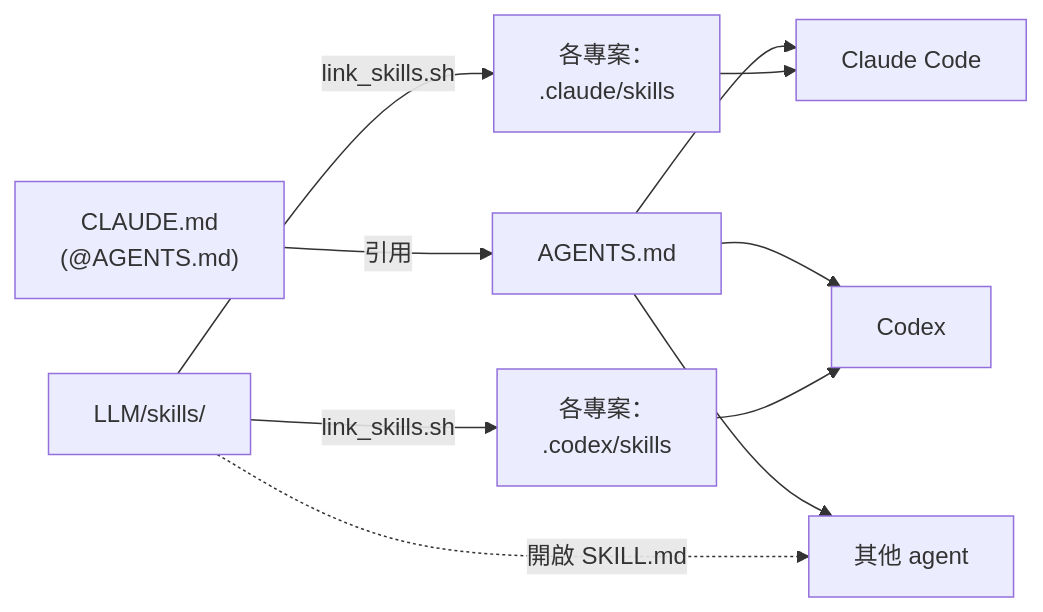
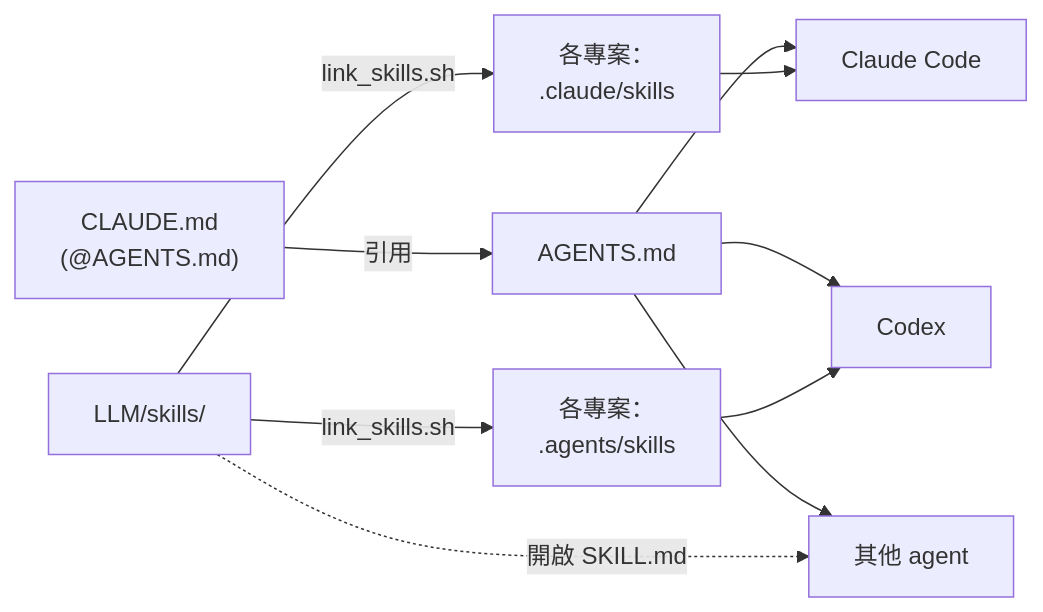
One commit to zelvet-velvet/agent-worklog-vault changed the fifth of 6 diagrams in README.zh-TW.md. Above: the diagram before and after it, drawn with Mermaid. The commit also changed other lines of this file and 3 other files, not shown here.

First line of the commit message:
fix(skills): exclude links by name, vault-relative projects, Codex reads .agents/skills

````diff
--- a/README.zh-TW.md
+++ b/README.zh-TW.md
@@ -100,10 +100,10 @@
 ```mermaid
 flowchart LR
     CL["CLAUDE.md<br/>(@AGENTS.md)"] -- 引用 --> AG[AGENTS.md]
     AG --> CC[Claude Code]
     AG --> CX[Codex]
     AG --> O[其他 agent]
     SK[LLM/skills/] -- link_skills.sh --> C1["各專案：<br/>.claude/skills"] --> CC
-    SK -- link_skills.sh --> C2["各專案：<br/>.codex/skills"] --> CX
+    SK -- link_skills.sh --> C2["各專案：<br/>.agents/skills"] --> CX
     SK -.->|開啟 SKILL.md| O
 ```
````
